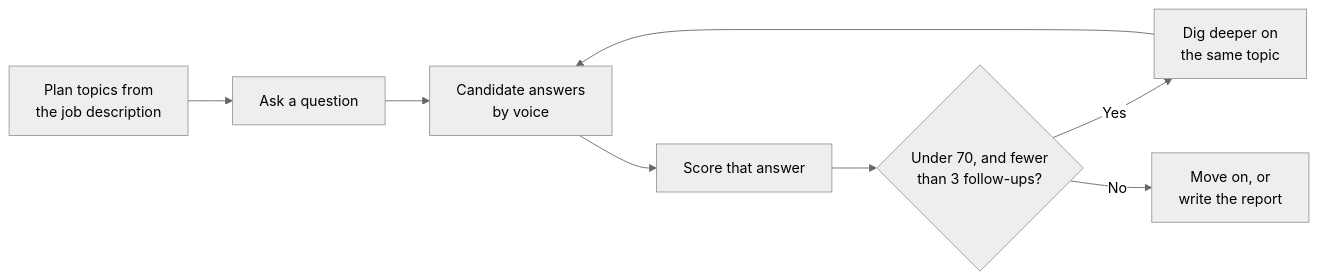
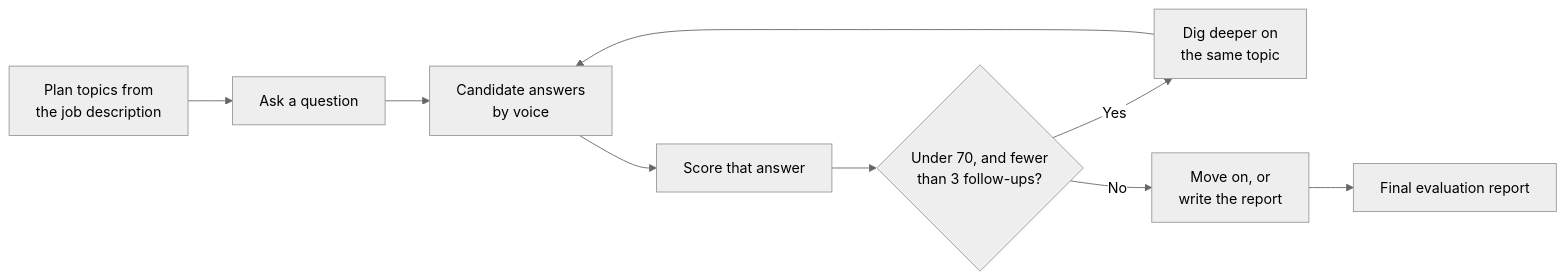
The fifth of 11 diagrams in Overwatch_Idea_Submission.md (prasadbhalerao1/TRACE), drawn with Mermaid (neutral theme) before and after one commit. The commit also changed other lines of this file and 5 other files, not shown here.

````diff
--- a/Overwatch_Idea_Submission.md
+++ b/Overwatch_Idea_Submission.md
@@ -245,10 +241,11 @@
 ```mermaid
 graph LR
     A["Plan topics from<br/>the job description"] --> B["Ask a question"]
     B --> C["Candidate answers<br/>by voice"]
     C --> D["Score that answer"]
     D --> E{"Under 70, and fewer<br/>than 3 follow-ups?"}
     E -->|Yes| F["Dig deeper on<br/>the same topic"]
     F --> C
     E -->|No| G["Move on, or<br/>write the report"]
+    G --> H["Final evaluation report"]
 ```
````
